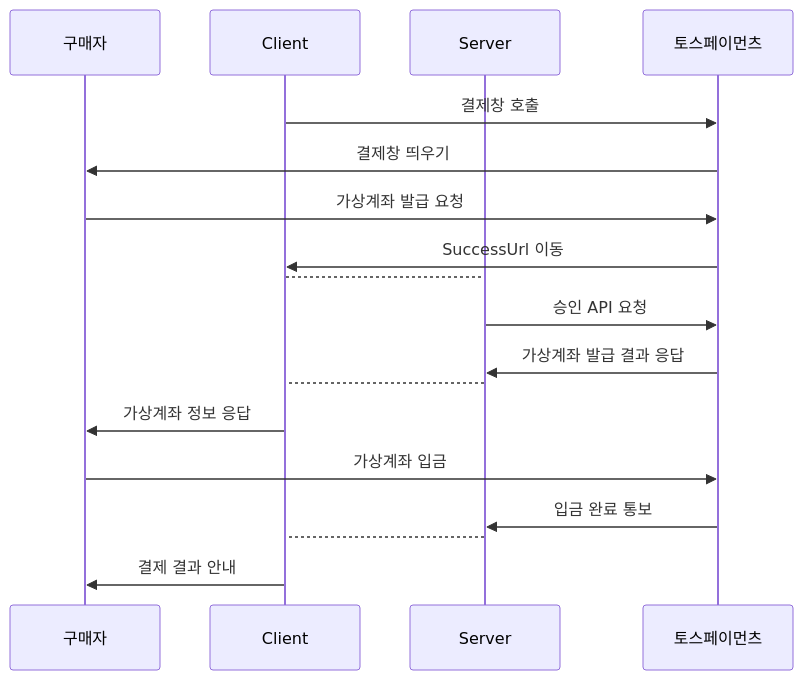
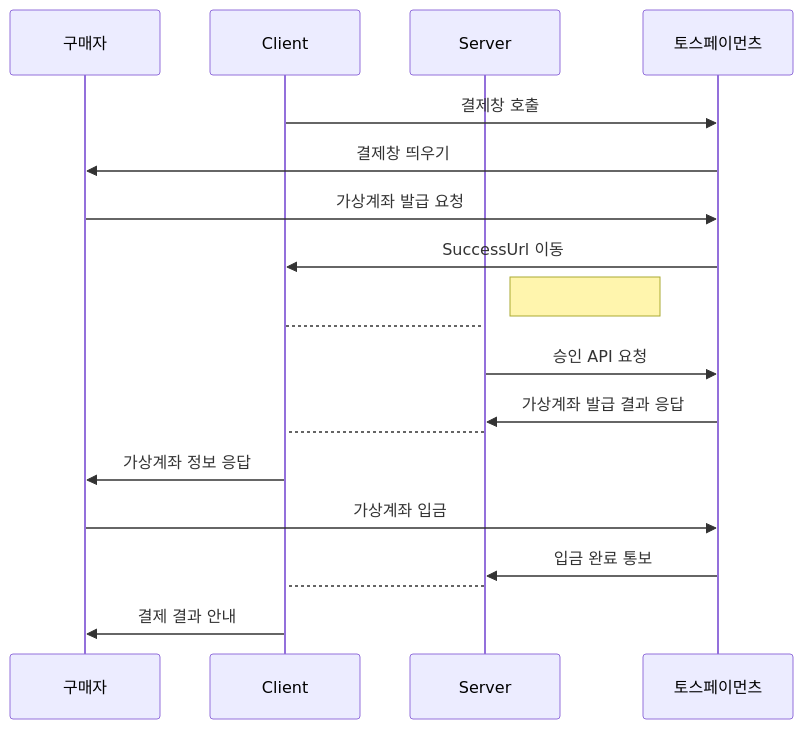
One commit to sumin2eee/NBE2_2_Team6 changed the sixth of 6 diagrams in README.md. Above: the diagram before and after it, drawn with Mermaid.

````diff
--- a/README.md
+++ b/README.md
@@ -126,24 +126,24 @@
 ```mermaid
 sequenceDiagram
     participant Buyer as 구매자
     participant Client
     participant Server
     participant PaymentGateway as 토스페이먼츠
 
     Client->>PaymentGateway: 결제창 호출
     PaymentGateway->>Buyer: 결제창 띄우기
     Buyer->>PaymentGateway: 가상계좌 발급 요청
     PaymentGateway->>Client: SuccessUrl 이동 
-   
+        Note right of Server: 
         Client-->Server: 
         Server->>PaymentGateway: 승인 API 요청 
    
         PaymentGateway->>Server: 가상계좌 발급 결과 응답
         Server-->Client: 
    
     Client->>Buyer: 가상계좌 정보 응답 
     Buyer->>PaymentGateway: 가상계좌 입금
     PaymentGateway->>Server: 입금 완료 통보
     Server-->Client: 
     Client->>Buyer: 결제 결과 안내
 ```
````
